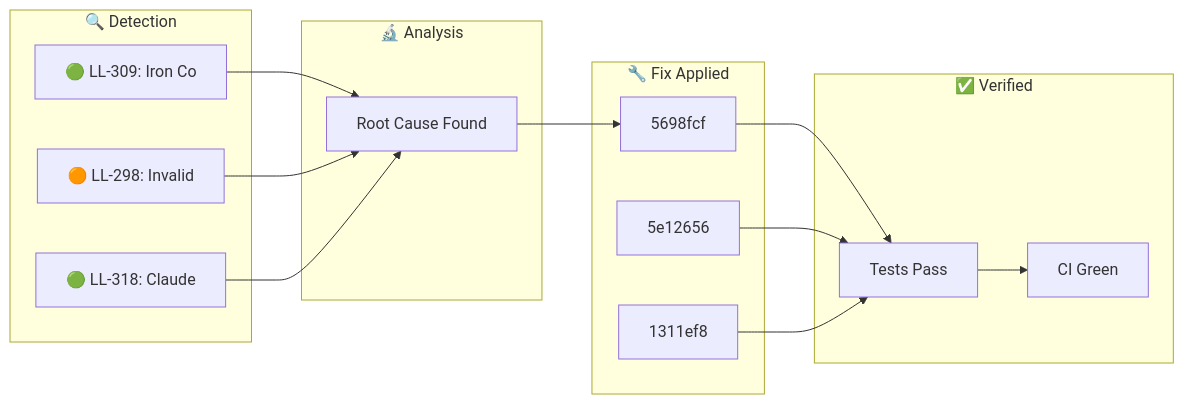
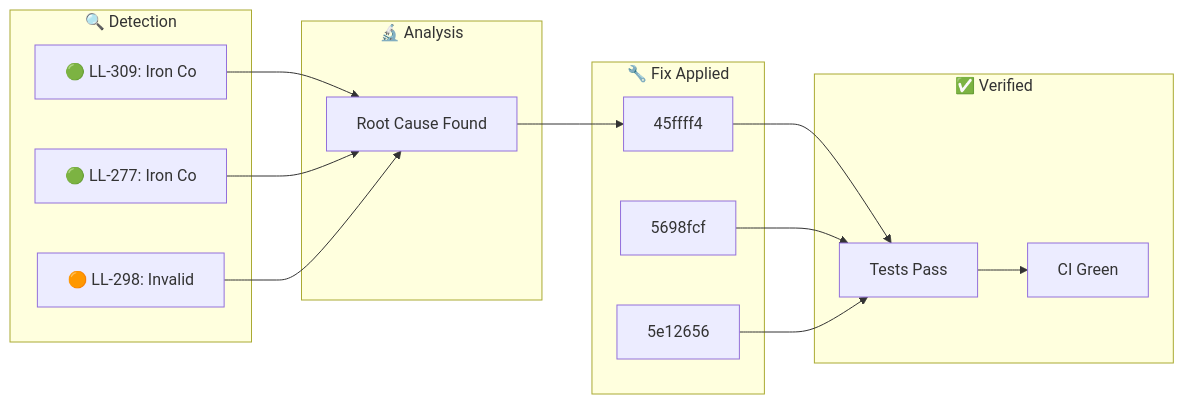
Before and after one commit to YoByron/trading: the diagram in docs/_posts/2026-01-28-ralph-discovery.md, drawn with Mermaid. The commit also changed other lines of this file, not shown here.

````diff
--- a/docs/_posts/2026-01-28-ralph-discovery.md
+++ b/docs/_posts/2026-01-28-ralph-discovery.md
@@ -17,28 +17,28 @@
 ```mermaid
 flowchart LR
     subgraph Detection["🔍 Detection"]
         D1["🟢 LL-309: Iron Co"]
-        D2["🟠 LL-298: Invalid"]
-        D3["🟢 LL-318: Claude "]
+        D2["🟢 LL-277: Iron Co"]
+        D3["🟠 LL-298: Invalid"]
     end
     subgraph Analysis["🔬 Analysis"]
         A1["Root Cause Found"]
     end
     subgraph Fix["🔧 Fix Applied"]
-        F1["5698fcf"]
-        F2["5e12656"]
-        F3["1311ef8"]
+        F1["45ffff4"]
+        F2["5698fcf"]
+        F3["5e12656"]
     end
     subgraph Verify["✅ Verified"]
         V1["Tests Pass"]
         V2["CI Green"]
     end
     D1 --> A1
     D2 --> A1
     D3 --> A1
     A1 --> F1
     F1 --> V1
     F2 --> V1
     F3 --> V1
     V1 --> V2
 ```
````
